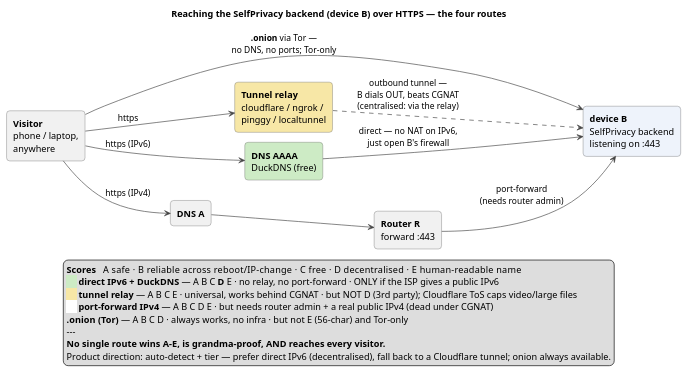
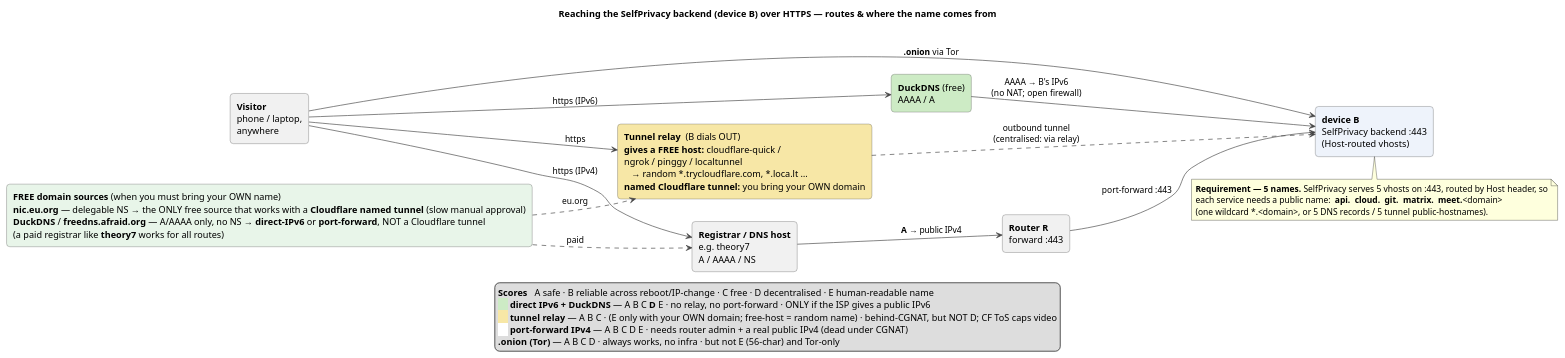
One commit to selfprivacy-over-alternative-nets/dev-dashboard changed the diagram in docs/tunneling.puml. Above: the diagram before and after it, drawn with PlantUML. The commit also changed 1 other file, not shown here.

Commit message:
tunneling diagram: A-record at a registrar (theory7); free-host vs own-domain tunnels; free-domain sources + 5 required subdomains
- the port-forward route's **A** record now sits in a **Registrar / DNS host (e.g. theory7)** box
- the Tunnel-relay node now states plainly: quick/ngrok/pinggy/localtunnel GIVE a free random host,
  while a named Cloudflare tunnel needs your OWN domain
- new FREE-domain-sources block (nic.eu.org delegable → CF named tunnel; DuckDNS/afraid = A/AAAA for
  IPv6/port-forward, not a tunnel; paid registrar for all)
- note B lists the 5 Host-routed vhosts SelfPrivacy requires: api. cloud. git. matrix. meet.<domain>

```diff
--- a/docs/tunneling.puml
+++ b/docs/tunneling.puml
@@ -1,48 +1,55 @@
 @startuml tunneling
-' How device B (the SelfPrivacy backend) is reached over HTTPS from the open internet.
+' How device B (the SelfPrivacy backend) is reached over HTTPS, AND where the public name comes from.
 ' The hard part: B sits behind NAT (often CGNAT / a third party's router), so there is usually no
-' inbound port to forward. These are the four routes and how each scores.
+' inbound port to forward. These are the four routes, how each scores, and the name each one needs.
 ' Rendered deterministically to tunneling.svg by docs/render-diagrams.sh (pinned plantuml).
-title Reaching the SelfPrivacy backend (device B) over HTTPS — the four routes
+title Reaching the SelfPrivacy backend (device B) over HTTPS — routes & where the name comes from
 
 skinparam shadowing false
 skinparam defaultFontName Helvetica
 skinparam ArrowColor #444444
 skinparam rectangle {
   BorderColor #555555
   roundCorner 10
 }
 
 left to right direction
 
 rectangle "**Visitor**\nphone / laptop,\nanywhere" as V
-rectangle "**device B**\nSelfPrivacy backend\nlistening on :443" as B #EEF3FB
+rectangle "**device B**\nSelfPrivacy backend :443\n(Host-routed vhosts)" as B #EEF3FB
 
-rectangle "**Tunnel relay**\ncloudflare / ngrok /\npinggy / localtunnel" as T #F7E7A6
-rectangle "**DNS AAAA**\nDuckDNS (free)" as D6 #CDEBC5
-rectangle "**DNS A**" as D4
+rectangle "**Tunnel relay**  (B dials OUT)\n**gives a FREE host:** cloudflare-quick /\nngrok / pinggy / localtunnel\n   → random *.trycloudflare.com, *.loca.lt …\n**named Cloudflare tunnel:** you bring your OWN domain" as T #F7E7A6
+rectangle "**DuckDNS** (free)\nAAAA / A" as DD #CDEBC5
+rectangle "**Registrar / DNS host**\ne.g. theory7\nA / AAAA / NS" as REG
 rectangle "**Router R**\nforward :443" as R
 
-V --> T : https
-T ..> B : outbound tunnel —\nB dials OUT, beats CGNAT\n(centralised: via the relay)
+V --> T  : https
+T ..> B  : outbound tunnel\n(centralised: via relay)
 
-V --> D6 : https (IPv6)
-D6 --> B : direct — no NAT on IPv6,\njust open B's firewall
+V --> DD : https (IPv6)
+DD --> B : AAAA → B's IPv6\n(no NAT; open firewall)
 
-V --> D4 : https (IPv4)
-D4 --> R
-R --> B : port-forward\n(needs router admin)
+V --> REG : https (IPv4)
+REG --> R : **A** → public IPv4
+R --> B   : port-forward :443
 
-V --> B : **.onion** via Tor —\nno DNS, no ports; Tor-only
+V --> B  : **.onion** via Tor
+
+note bottom of B
+  **Requirement — 5 names.** SelfPrivacy serves 5 vhosts on :443, routed by Host header, so
+  each service needs a public name:  **api.**  **cloud.**  **git.**  **matrix.**  **meet.**<domain>
+  (one wildcard *.<domain>, or 5 DNS records / 5 tunnel public-hostnames).
+end note
+
+rectangle "**FREE domain sources** (when you must bring your OWN name)\n**nic.eu.org** — delegable NS → the ONLY free source that works with a **Cloudflare named tunnel** (slow manual approval)\n**DuckDNS** / **freedns.afraid.org** — A/AAAA only, no NS → **direct-IPv6** or **port-forward**, NOT a Cloudflare tunnel\n(a paid registrar like **theory7** works for all routes)" as SRC #E8F5E9
+SRC ..> T   : eu.org
+SRC ..> REG : paid
 
 legend bottom
-<b>Scores</b>   A safe  ·  B reliable across reboot/IP-change  ·  C free  ·  D decentralised  ·  E human-readable name
+<b>Scores</b>   A safe · B reliable across reboot/IP-change · C free · D decentralised · E human-readable name
 <back:#CDEBC5>    </back> <b>direct IPv6 + DuckDNS</b> — A B C <b>D</b> E · no relay, no port-forward · ONLY if the ISP gives a public IPv6
-<back:#F7E7A6>    </back> <b>tunnel relay</b> — A B C E · universal, works behind CGNAT · but NOT D (3rd party); Cloudflare ToS caps video/large files
-<back:#FFFFFF>    </back> <b>port-forward IPv4</b> — A B C D E · but needs router admin + a real public IPv4 (dead under CGNAT)
+<back:#F7E7A6>    </back> <b>tunnel relay</b> — A B C · (E only with your OWN domain; free-host = random name) · behind-CGNAT, but NOT D; CF ToS caps video
+<back:#FFFFFF>    </back> <b>port-forward IPv4</b> — A B C D E · needs router admin + a real public IPv4 (dead under CGNAT)
 <b>.onion (Tor)</b> — A B C D · always works, no infra · but not E (56-char) and Tor-only
----
-<b>No single route wins A-E, is grandma-proof, AND reaches every visitor.</b>
-Product direction: auto-detect + tier — prefer direct IPv6 (decentralised), fall back to a Cloudflare tunnel; onion always available.
 endlegend
 @enduml
```
